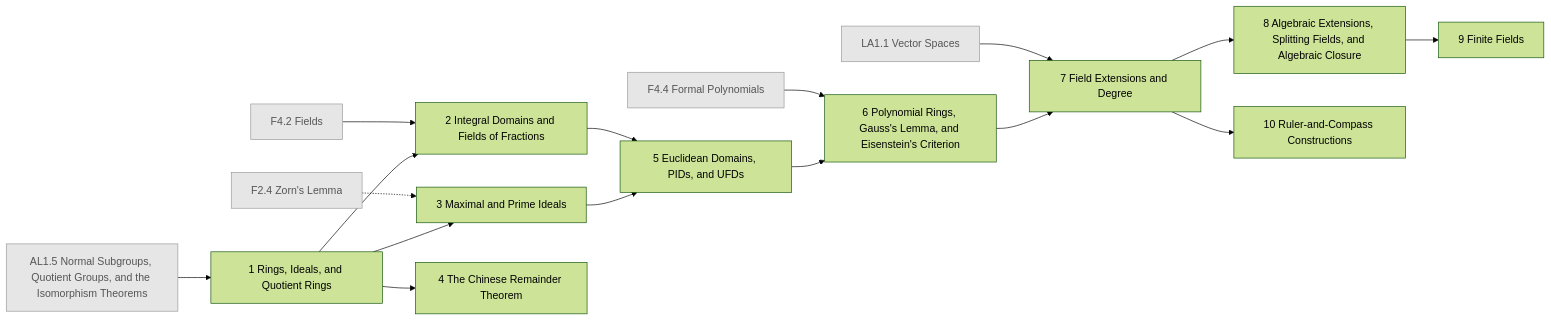
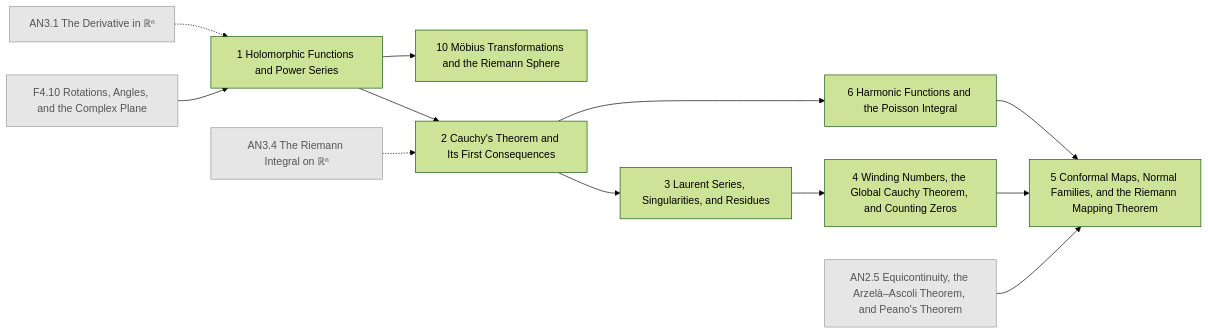
Before and after one commit to AkizumiFox/math-atlas: diagram 16 of 30 in generated/README.md, drawn with Mermaid (forest theme). The commit also changed other lines of this file and 41 other files, not shown here.

````diff
--- a/generated/README.md
+++ b/generated/README.md
@@ -380,36 +465,28 @@
 ```mermaid
 flowchart LR
-  F2_4["F2.4 Zorn's Lemma"]:::ext
-  F4_2["F4.2 Fields"]:::ext
-  F4_4["F4.4 Formal Polynomials"]:::ext
-  LA1_1["LA1.1 Vector Spaces"]:::ext
-  AL1_5["AL1.5 Normal Subgroups, Quotient Groups, and the Isomorphism Theorems"]:::ext
-  AL2_1["1 Rings, Ideals, and Quotient Rings"]
-  AL2_2["2 Integral Domains and Fields of Fractions"]
-  AL2_3["3 Maximal and Prime Ideals"]
-  AL2_4["4 The Chinese Remainder Theorem"]
-  AL2_5["5 Euclidean Domains, PIDs, and UFDs"]
-  AL2_6["6 Polynomial Rings, Gauss's Lemma, and Eisenstein's Criterion"]
-  AL2_7["7 Field Extensions and Degree"]
-  AL2_8["8 Algebraic Extensions, Splitting Fields, and Algebraic Closure"]
-  AL2_9["9 Finite Fields"]
-  AL2_10["10 Ruler-and-Compass Constructions"]
-  AL1_5 --> AL2_1
-  F4_2 --> AL2_2
-  AL2_1 --> AL2_2
-  F2_4 -.-> AL2_3
-  AL2_1 --> AL2_3
-  AL2_1 --> AL2_4
-  AL2_2 --> AL2_5
-  AL2_3 --> AL2_5
-  F4_4 --> AL2_6
-  AL2_5 --> AL2_6
-  LA1_1 --> AL2_7
-  AL2_6 --> AL2_7
-  AL2_7 --> AL2_8
-  AL2_8 --> AL2_9
-  AL2_7 --> AL2_10
+  F4_10["F4.10 Rotations, Angles, and the Complex Plane"]:::ext
+  AN2_5["AN2.5 Equicontinuity, the Arzelà–Ascoli Theorem, and Peano's Theorem"]:::ext
+  AN3_1["AN3.1 The Derivative in ℝⁿ"]:::ext
+  AN3_4["AN3.4 The Riemann Integral on ℝⁿ"]:::ext
+  CA_1["1 Holomorphic Functions and Power Series"]
+  CA_10["10 Möbius Transformations and the Riemann Sphere"]
+  CA_2["2 Cauchy's Theorem and Its First Consequences"]
+  CA_3["3 Laurent Series, Singularities, and Residues"]
+  CA_4["4 Winding Numbers, the Global Cauchy Theorem, and Counting Zeros"]
+  CA_6["6 Harmonic Functions and the Poisson Integral"]
+  CA_5["5 Conformal Maps, Normal Families, and the Riemann Mapping Theorem"]
+  F4_10 --> CA_1
+  AN3_1 -.-> CA_1
+  CA_1 --> CA_10
+  AN3_4 -.-> CA_2
+  CA_1 --> CA_2
+  CA_2 --> CA_3
+  CA_3 --> CA_4
+  CA_2 --> CA_6
+  AN2_5 --> CA_5
+  CA_4 --> CA_5
+  CA_6 --> CA_5
   classDef ext fill:#e6e6e6,stroke:#999,color:#555
   classDef opt fill:#fff,stroke:#999,stroke-dasharray:4 3,color:#555
   classDef segb fill:#f6f6fb,stroke:#99a,color:#333
 ```
````
